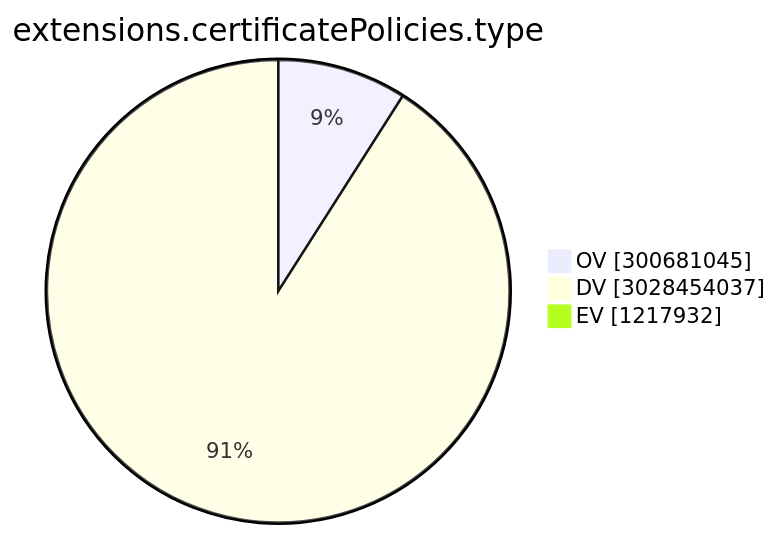
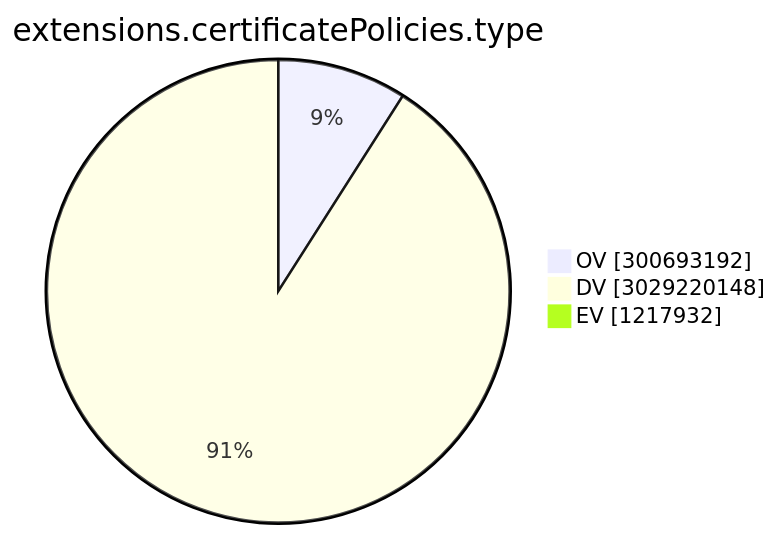
The ninth of 15 diagrams in TOTAL/README.md (christiankrug/ctmonitor_visualization), drawn with Mermaid before and after one commit. The commit also changed other lines of this file, not shown here.

````diff
--- a/TOTAL/README.md
+++ b/TOTAL/README.md
@@ -3102,7 +3102,7 @@
 ```mermaid
 pie showData
 title extensions.certificatePolicies.type
-"OV" :300681045
-"DV" :3028454037
+"OV" :300693192
+"DV" :3029220148
 "EV" :1217932
 ```
````
